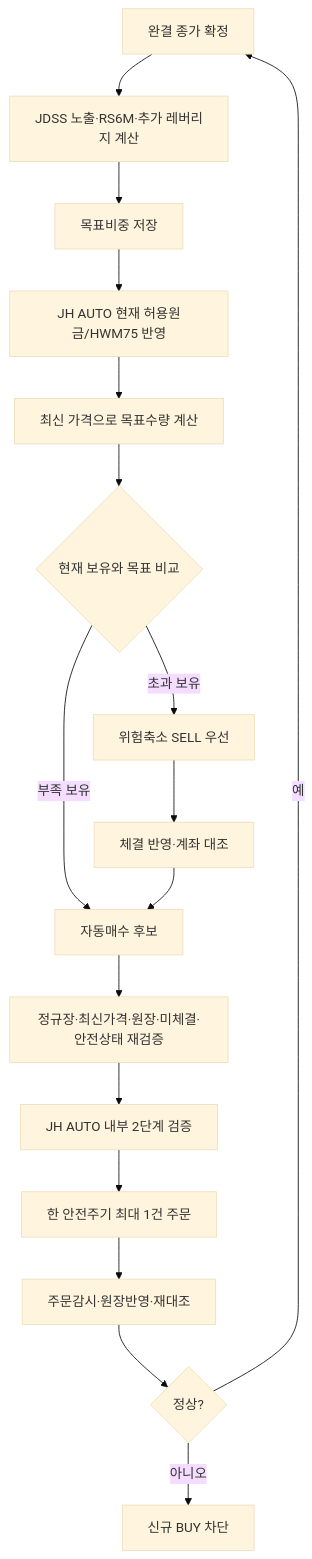
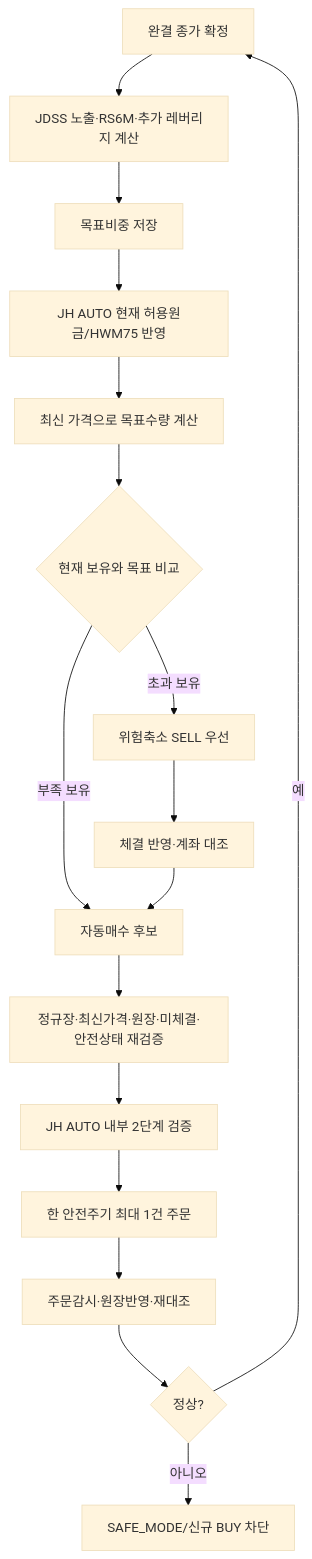
The second of 2 diagrams in docs/STRATEGY_GUIDE.md (hwanff11/JH_HOLDINGS), drawn with Mermaid (base theme) before and after one commit. The commit also changed other lines of this file and 17 other files, not shown here.

````diff
--- a/docs/STRATEGY_GUIDE.md
+++ b/docs/STRATEGY_GUIDE.md
@@ -139,19 +156,19 @@
 ```mermaid
 flowchart TD
     A["완결 종가 확정"] --> B["JDSS 노출·RS6M·추가 레버리지 계산"]
     B --> C["목표비중 저장"]
     C --> D["JH AUTO 현재 허용원금/HWM75 반영"]
     D --> E["최신 가격으로 목표수량 계산"]
     E --> F{"현재 보유와 목표 비교"}
     F -->|초과 보유| G["위험축소 SELL 우선"]
+    F -->|부족 보유| I["자동매수 후보"]
     G --> H["체결 반영·계좌 대조"]
-    F -->|부족 보유| I["자동매수 후보"]
     H --> I
     I --> J["정규장·최신가격·원장·미체결·안전상태 재검증"]
     J --> K["JH AUTO 내부 2단계 검증"]
     K --> L["한 안전주기 최대 1건 주문"]
     L --> M["주문감시·원장반영·재대조"]
     M --> N{"정상?"}
     N -->|예| A
-    N -->|아니오| O["신규 BUY 차단"]
+    N -->|아니오| O["SAFE_MODE/신규 BUY 차단"]
 ```
````
